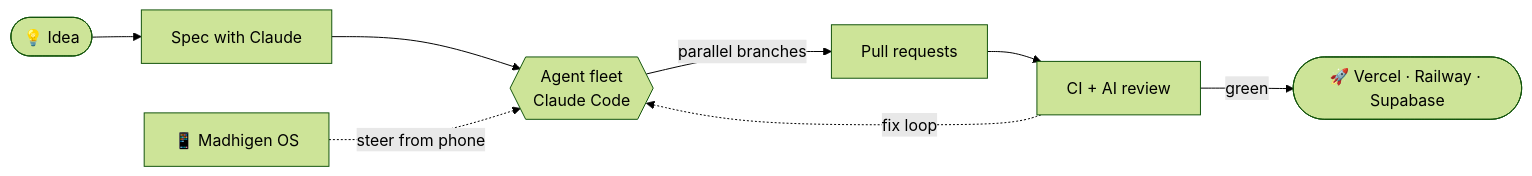
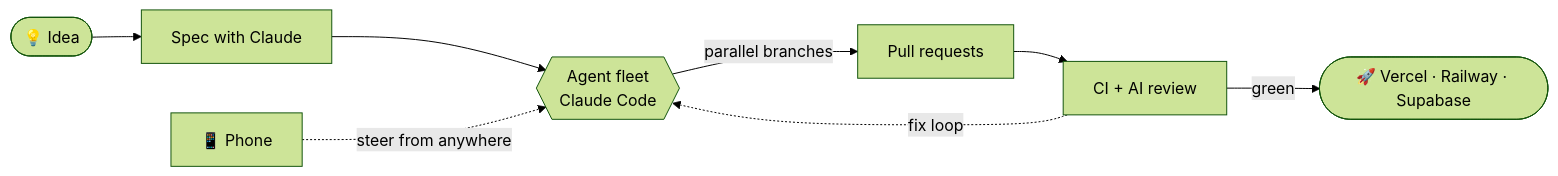
Before and after one commit to tha6unn/tha6unn: the diagram in README.md, drawn with Mermaid (forest theme). The commit also changed other lines of this file, not shown here.

````diff
--- a/README.md
+++ b/README.md
@@ -63,10 +65,10 @@
 ```mermaid
 flowchart LR
     A([💡 Idea]) --> B[Spec with Claude]
     B --> C{{Agent fleet<br/>Claude Code}}
     C -->|parallel branches| D[Pull requests]
     D --> E[CI + AI review]
     E -->|green| F([🚀 Vercel · Railway · Supabase])
     E -.->|fix loop| C
-    G[📱 Madhigen OS] -. steer from phone .-> C
+    G[📱 Phone] -. steer from anywhere .-> C
 ```
````
